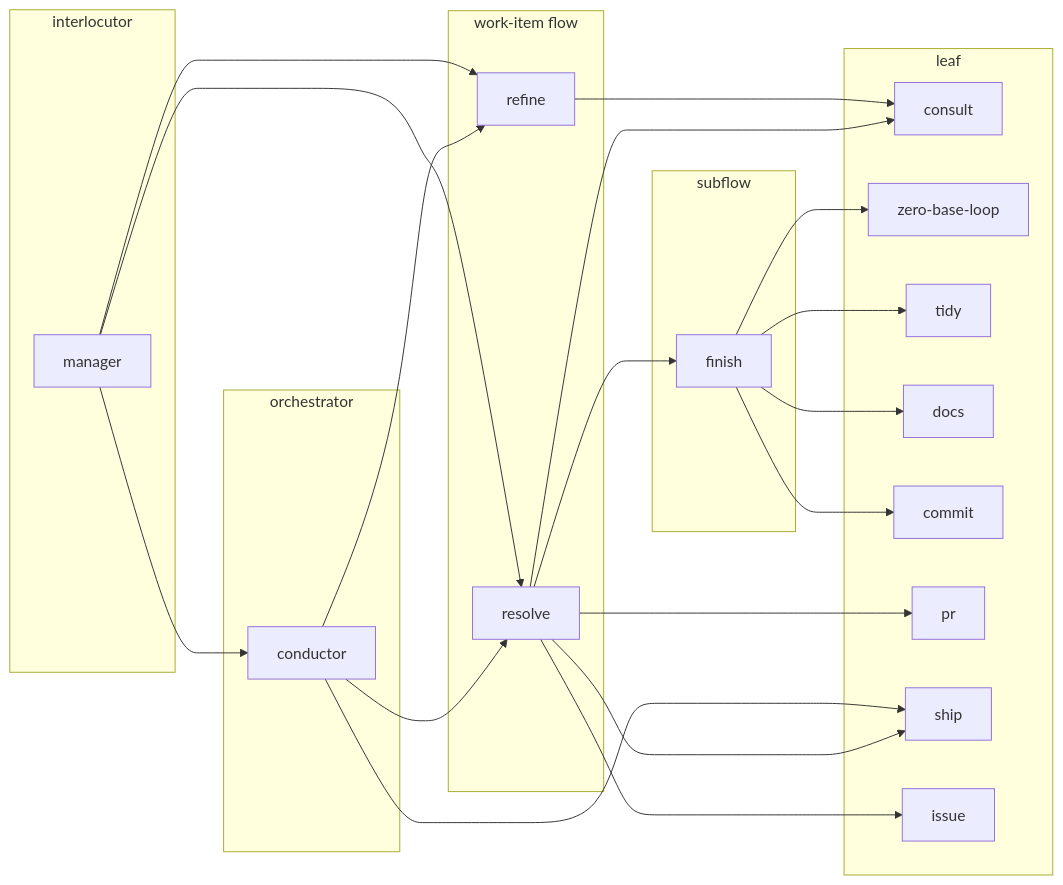
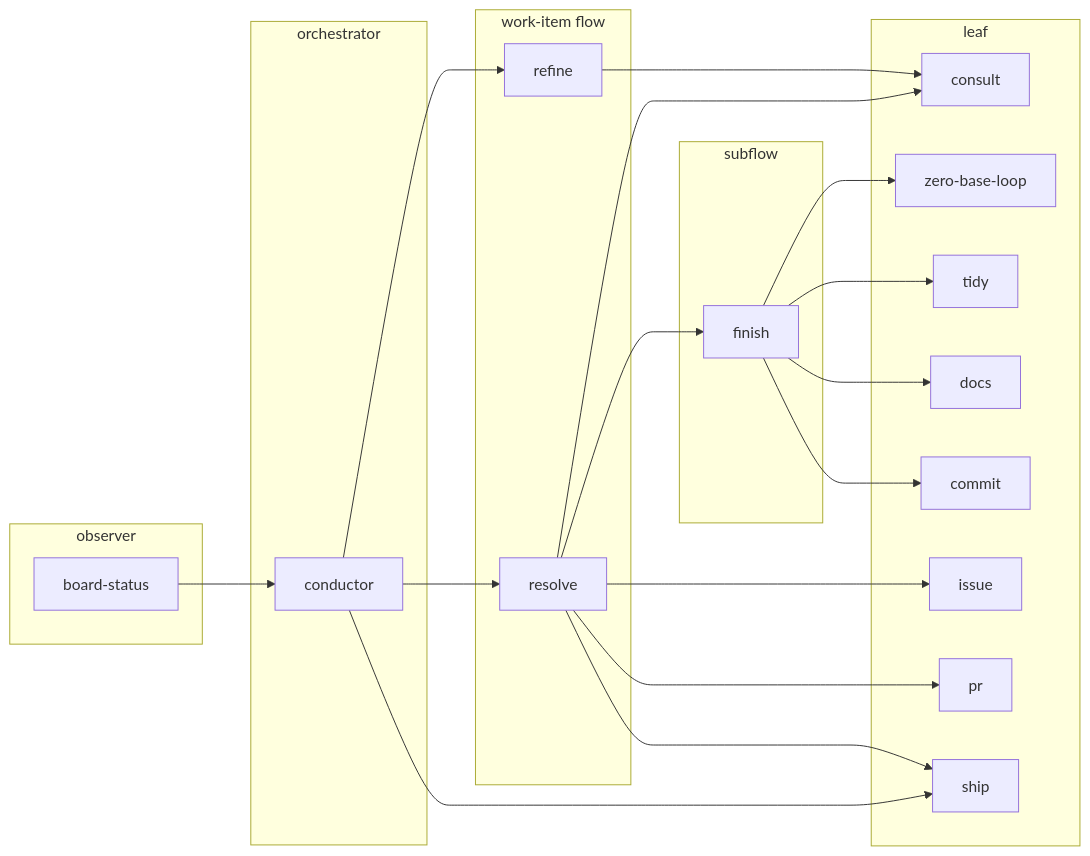
Before and after one commit to usagizmo/agentfiles: the first of 3 diagrams in agents/docs/structure.md, drawn with Mermaid. The commit also changed other lines of this file and 6 other files, not shown here.

````diff
--- a/agents/docs/structure.md
+++ b/agents/docs/structure.md
@@ -27,43 +27,41 @@
 ```mermaid
 flowchart LR
-    subgraph inter[interlocutor]
-        MG[manager]
+    subgraph obs[observer]
+        BS[board-status]
     end
     subgraph orch[orchestrator]
         CO[conductor]
     end
     subgraph flow["work-item flow"]
         RF[refine]
         RS[resolve]
     end
     subgraph sub[subflow]
         FI[finish]
     end
     subgraph leaf[leaf]
         CS[consult]
         ZB[zero-base-loop]
         TD[tidy]
         DC[docs]
         CM[commit]
         PR[pr]
         SH[ship]
         IS[issue]
     end
 
-    MG --> CO
-    MG --> RF
-    MG --> RS
+    BS --> CO
     CO --> RF
     CO --> RS
     CO --> SH
     RF --> CS
     RS --> CS
     RS --> FI
     RS --> IS
     RS --> PR
     RS --> SH
     FI --> ZB
     FI --> TD
     FI --> DC
     FI --> CM
 ```
````
